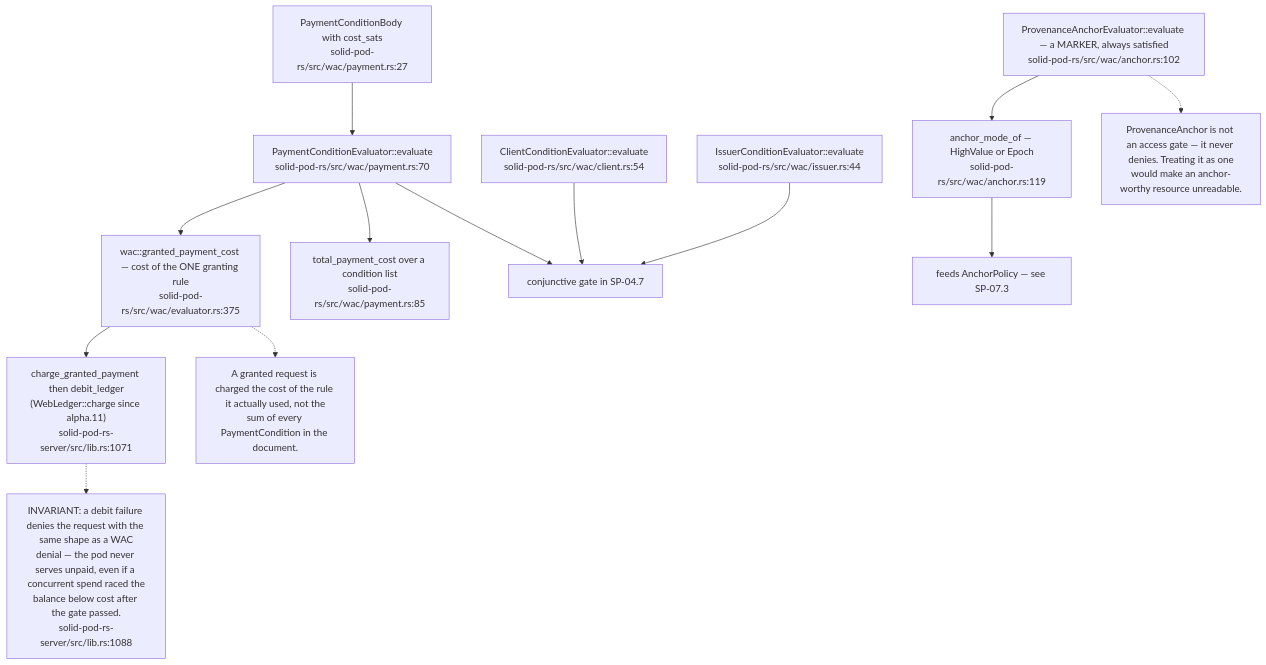
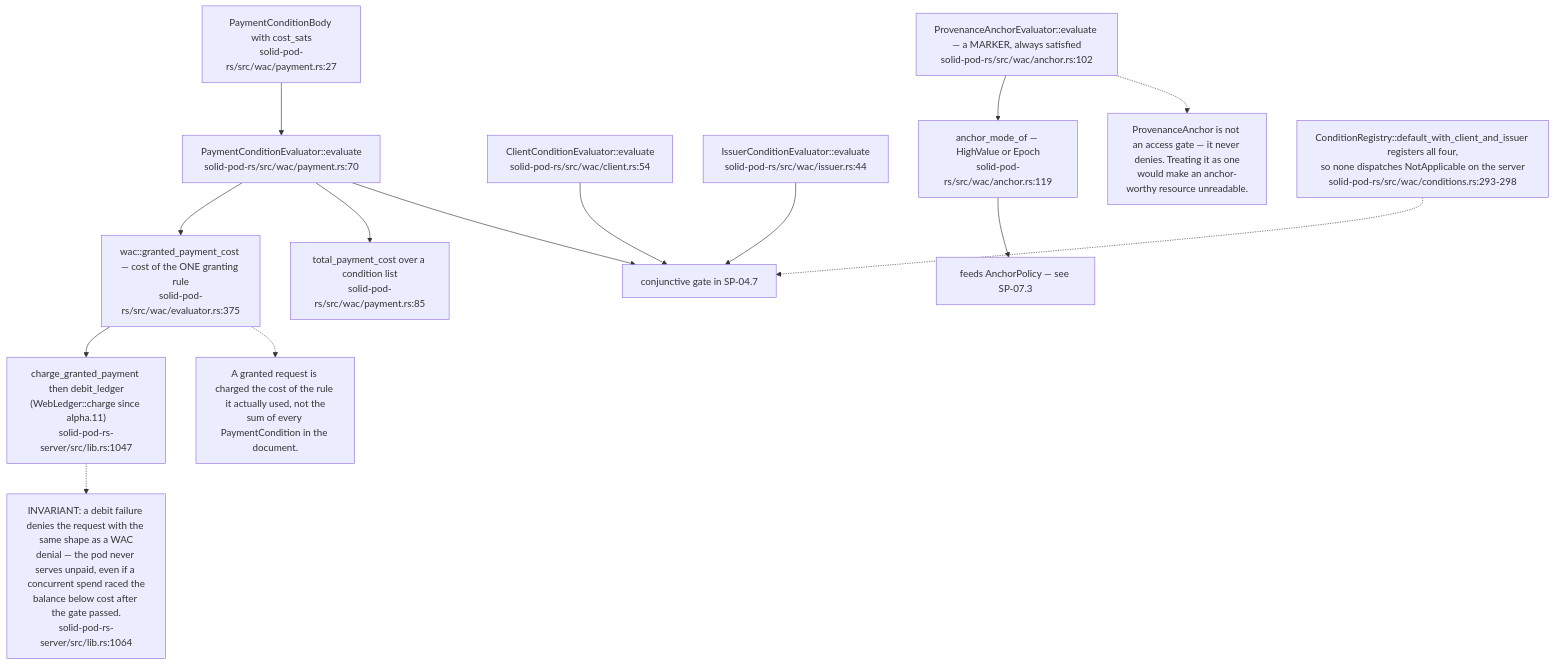
Diagram 11 of 13 in docs/diagrams/solid-pod-rs/04-wac-authorisation.md (DreamLab-AI/VisionFlow), drawn with Mermaid before and after one commit. The commit also changed other lines of this file and 47 other files, not shown here.

````diff
--- a/docs/diagrams/solid-pod-rs/04-wac-authorisation.md
+++ b/docs/diagrams/solid-pod-rs/04-wac-authorisation.md
@@ -346,26 +369,28 @@
 ```mermaid
 flowchart TD
     PAY["PaymentConditionEvaluator::evaluate<br/>solid-pod-rs/src/wac/payment.rs:70"]
     BODY["PaymentConditionBody with cost_sats<br/>solid-pod-rs/src/wac/payment.rs:27"]
     TOT["total_payment_cost over a condition list<br/>solid-pod-rs/src/wac/payment.rs:85"]
     GPC["wac::granted_payment_cost — cost of the ONE granting rule<br/>solid-pod-rs/src/wac/evaluator.rs:375"]
-    CG["charge_granted_payment then debit_ledger<br/>(WebLedger::charge since alpha.11)<br/>solid-pod-rs-server/src/lib.rs:1071"]
+    CG["charge_granted_payment then debit_ledger<br/>(WebLedger::charge since alpha.11)<br/>solid-pod-rs-server/src/lib.rs:1047"]
     CLI["ClientConditionEvaluator::evaluate<br/>solid-pod-rs/src/wac/client.rs:54"]
     ISS["IssuerConditionEvaluator::evaluate<br/>solid-pod-rs/src/wac/issuer.rs:44"]
     ANC["ProvenanceAnchorEvaluator::evaluate — a MARKER, always satisfied<br/>solid-pod-rs/src/wac/anchor.rs:102"]
     MODE["anchor_mode_of — HighValue or Epoch<br/>solid-pod-rs/src/wac/anchor.rs:119"]
 
     BODY --> PAY --> GPC --> CG
     PAY --> TOT
     CLI --> GATE["conjunctive gate in SP-04.7"]
     ISS --> GATE
     PAY --> GATE
     ANC --> MODE --> PROV["feeds AnchorPolicy — see SP-07.3"]
 
     N1["A granted request is charged the cost of the rule it actually used, not the<br/>sum of every PaymentCondition in the document."]
     GPC -.-> N1
-    N2["INVARIANT: a debit failure denies the request with the same shape as a WAC<br/>denial — the pod never serves unpaid, even if a concurrent spend raced the<br/>balance below cost after the gate passed.<br/>solid-pod-rs-server/src/lib.rs:1088"]
+    N2["INVARIANT: a debit failure denies the request with the same shape as a WAC<br/>denial — the pod never serves unpaid, even if a concurrent spend raced the<br/>balance below cost after the gate passed.<br/>solid-pod-rs-server/src/lib.rs:1064"]
     CG -.-> N2
     N3["ProvenanceAnchor is not an access gate — it never denies. Treating it as one<br/>would make an anchor-worthy resource unreadable."]
     ANC -.-> N3
+    REG["ConditionRegistry::default_with_client_and_issuer registers all four,<br/>so none dispatches NotApplicable on the server<br/>solid-pod-rs/src/wac/conditions.rs:293-298"]
+    REG -.-> GATE
 ```
````
